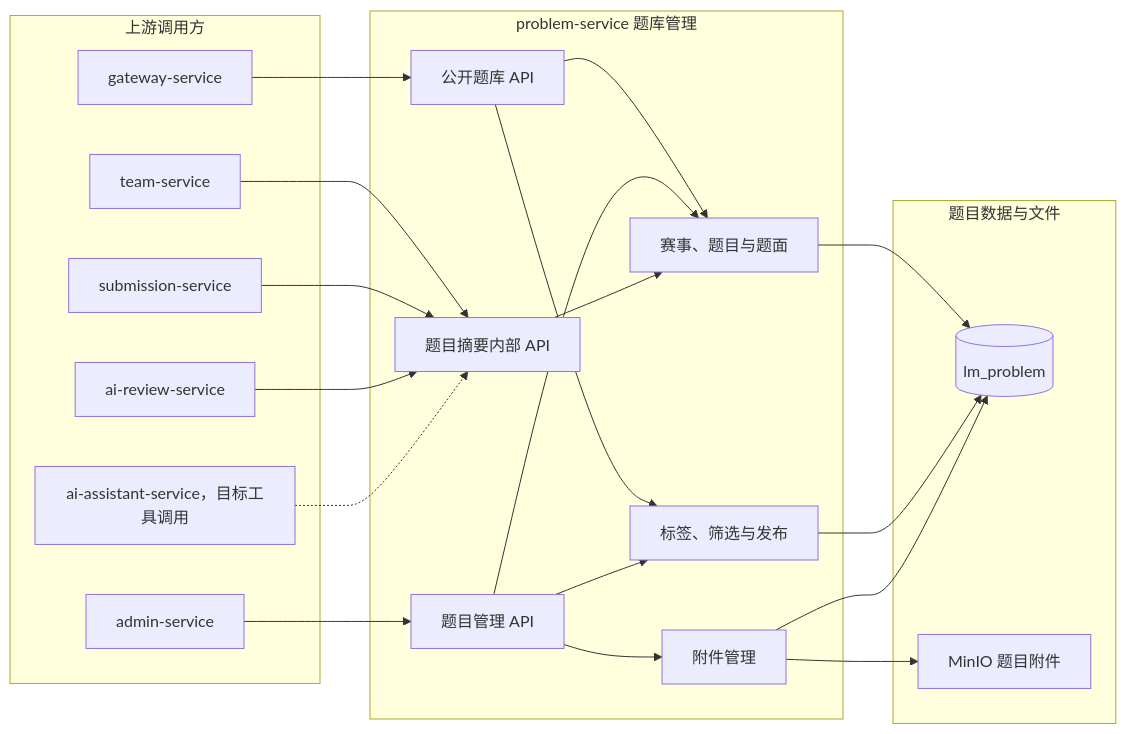
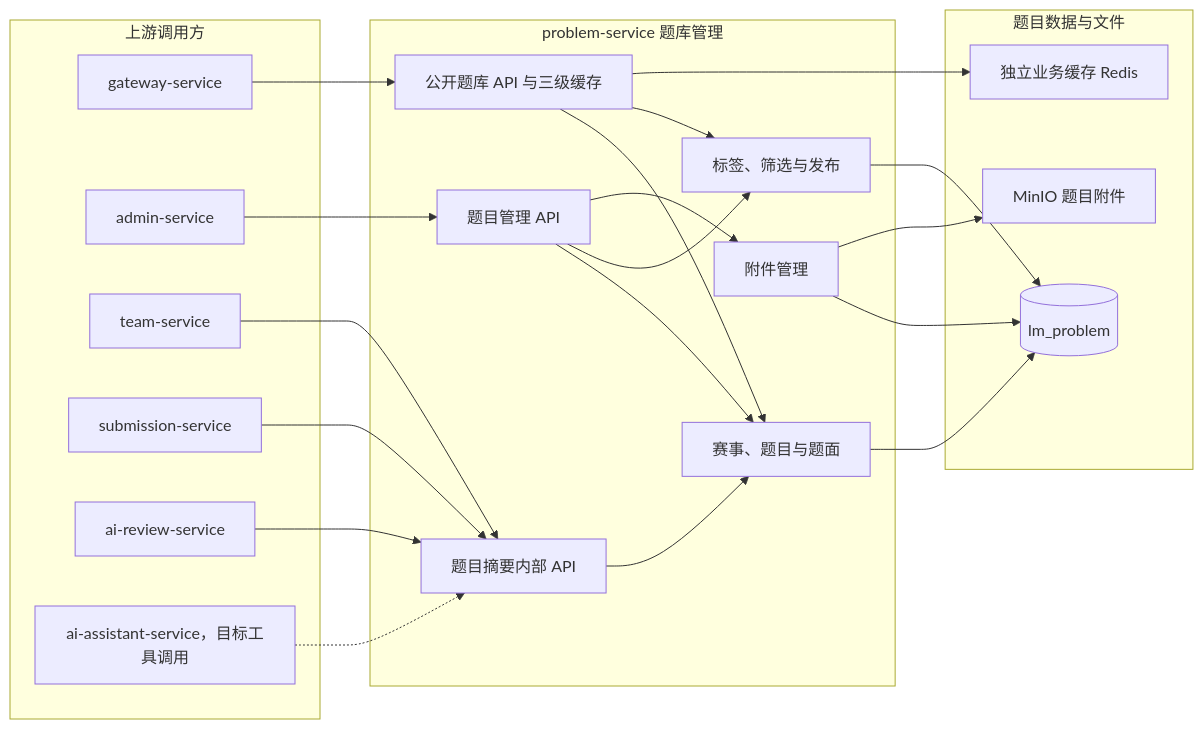
Before and after one commit to Dorian7Alden/LeetModel: the diagram in docs/project/03-微服务设计/problem-service/README.md, drawn with Mermaid. The commit also changed other lines of this file and 6 other files, not shown here.

````diff
--- a/docs/project/03-微服务设计/problem-service/README.md
+++ b/docs/project/03-微服务设计/problem-service/README.md
@@ -13,43 +13,45 @@
 ```mermaid
 flowchart LR
     subgraph callers["上游调用方"]
         apiGateway["gateway-service"]
         adminService["admin-service"]
         teamService["team-service"]
         submissionService["submission-service"]
         reviewService["ai-review-service"]
         assistantService["ai-assistant-service，目标工具调用"]
     end
 
     subgraph problem["problem-service 题库管理"]
-        publicApi["公开题库 API"]
+        publicApi["公开题库 API 与三级缓存"]
         manageApi["题目管理 API"]
         internalApi["题目摘要内部 API"]
         contestProblem["赛事、题目与题面"]
         tagPublish["标签、筛选与发布"]
         attachment["附件管理"]
 
         publicApi --> contestProblem
         publicApi --> tagPublish
         manageApi --> contestProblem
         manageApi --> tagPublish
         manageApi --> attachment
         internalApi --> contestProblem
     end
 
     subgraph data["题目数据与文件"]
         problemDatabase[(lm_problem)]
         minio["MinIO 题目附件"]
+        cacheRedis["独立业务缓存 Redis"]
     end
 
     apiGateway --> publicApi
     adminService --> manageApi
     teamService --> internalApi
     submissionService --> internalApi
     reviewService --> internalApi
     assistantService -.-> internalApi
     contestProblem --> problemDatabase
     tagPublish --> problemDatabase
     attachment --> problemDatabase
     attachment --> minio
+    publicApi --> cacheRedis
 ```
````
